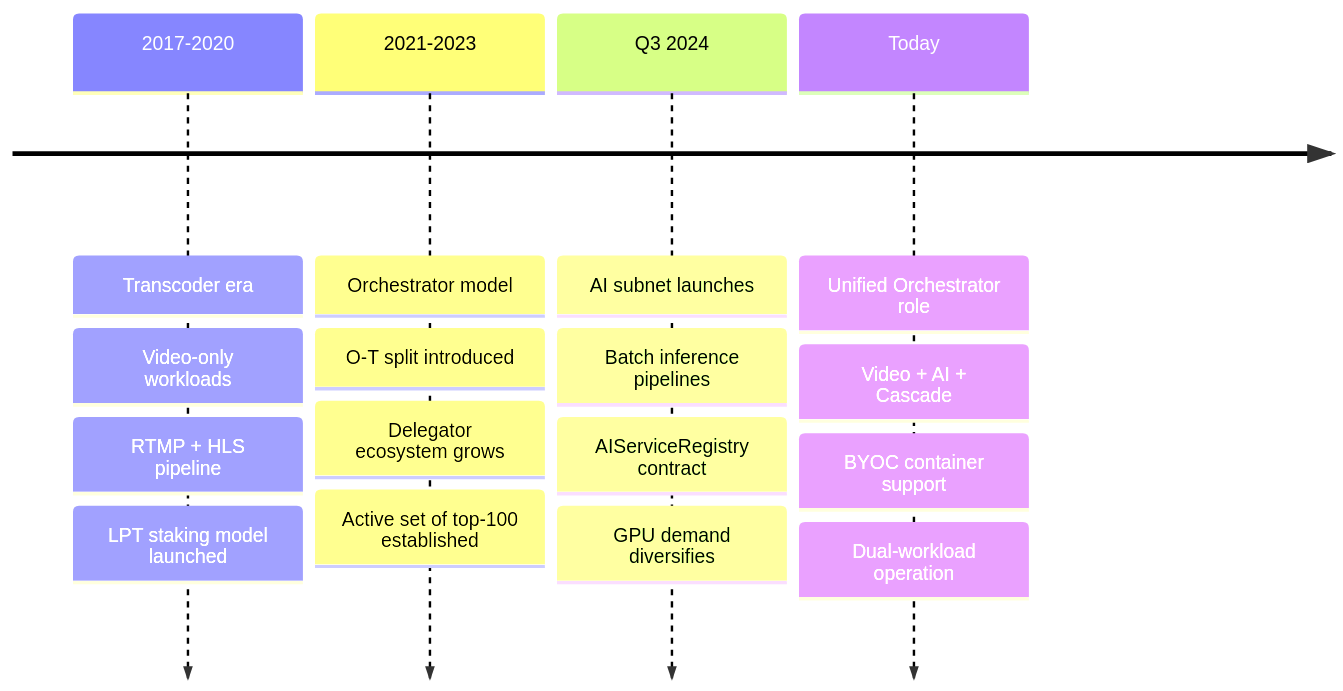
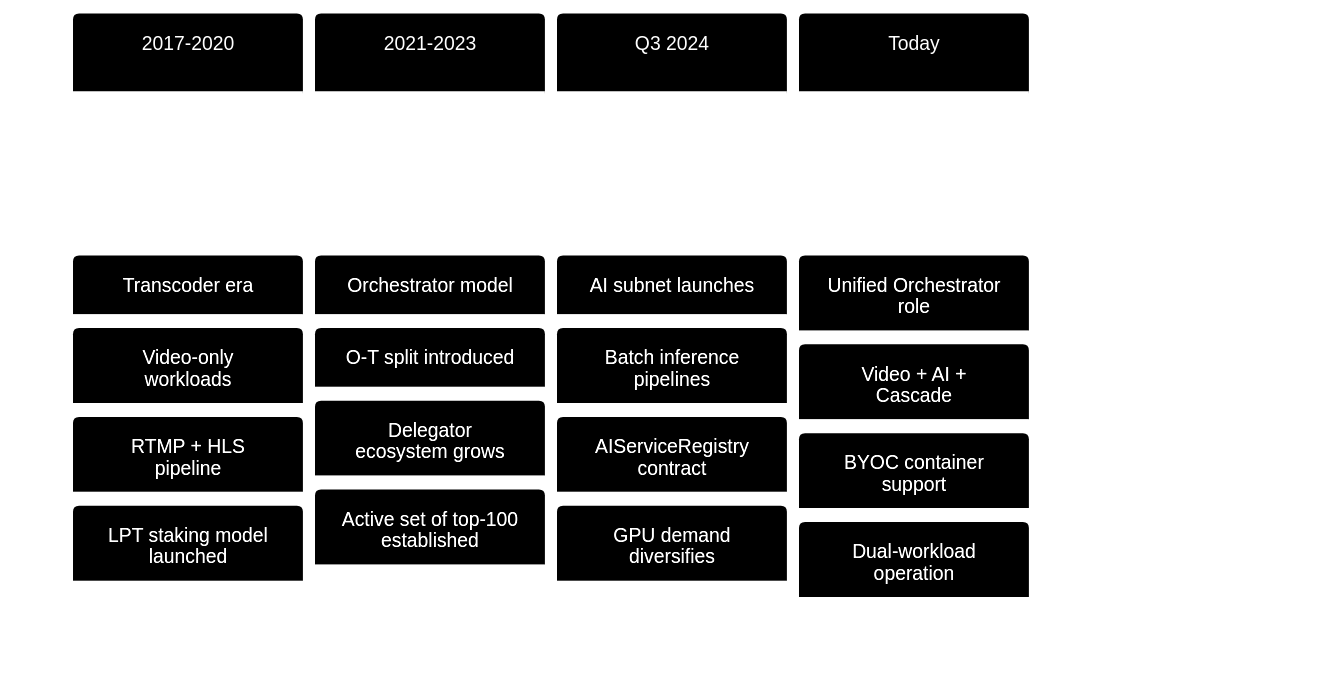
The fourth of 5 diagrams in v2/orchestrators/concepts/role.mdx (its-DeFine/docs), drawn with Mermaid before and after one commit. The commit also changed other lines of this file and 368 other files, not shown here.

````diff
--- a/v2/orchestrators/concepts/role.mdx
+++ b/v2/orchestrators/concepts/role.mdx
@@ -141,19 +147,20 @@
 ```mermaid
+%%{init: {'theme': 'base', 'themeVariables': { 'primaryColor': '#1a1a1a', 'primaryTextColor': '#fff', 'primaryBorderColor': '#2d9a67', 'lineColor': '#2d9a67', 'secondaryColor': '#0d0d0d', 'tertiaryColor': '#1a1a1a', 'background': '#0d0d0d', 'fontFamily': 'system-ui' }}}%%
 timeline
     2017-2020 : Transcoder era
                : Video-only workloads
                : RTMP + HLS pipeline
                : LPT staking model launched
     2021-2023 : Orchestrator model
                : O-T split introduced
                : Delegator ecosystem grows
                : Active set of top-100 established
     Q3 2024   : AI subnet launches
                : Batch inference pipelines
                : AIServiceRegistry contract
                : GPU demand diversifies
     Today     : Unified Orchestrator role
                : Video + AI + Cascade
                : BYOC container support
                : Dual-workload operation
 ```
````
